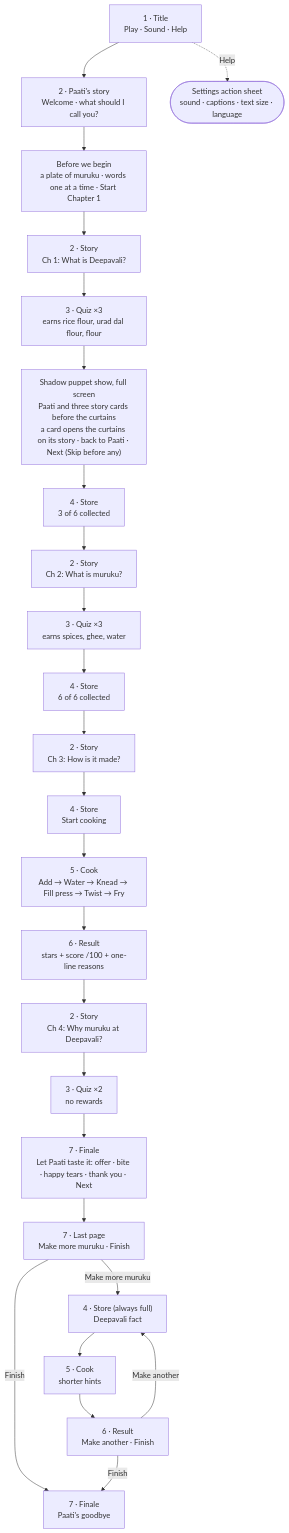
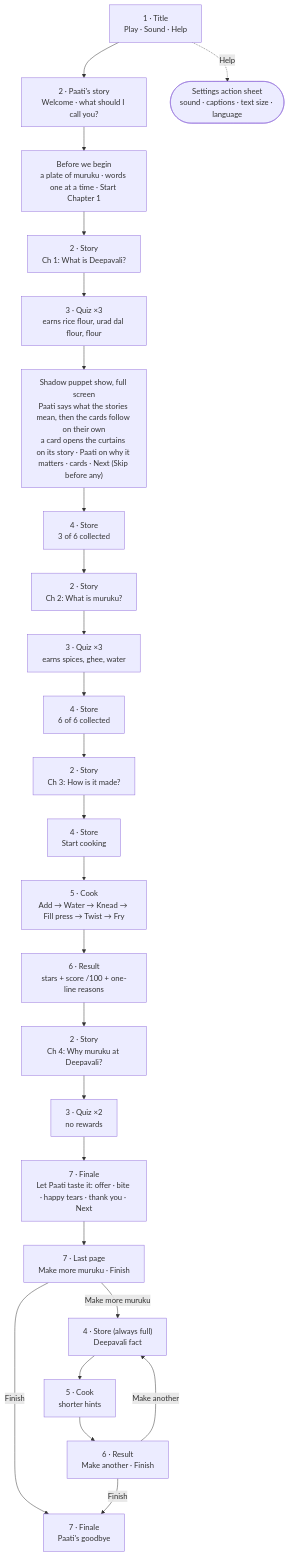
One commit to krishanala/paatis-recipe-kitchen changed the diagram in docs/user-flow.md. Above: the diagram before and after it, drawn with Mermaid. The commit also changed other lines of this file and 4 other files, not shown here.

First line of the commit message:
Puppet show: Paati speaks first, then the cards follow on their own

````diff
--- a/docs/user-flow.md
+++ b/docs/user-flow.md
@@ -5,32 +5,32 @@
 ```mermaid
 flowchart TD
     T["1 · Title<br/>Play · Sound · Help"] --> W["2 · Paati's story<br/>Welcome · what should I call you?"]
     T -. Help .-> S(["Settings action sheet<br/>sound · captions · text size · language"])
 
     W --> I["Before we begin<br/>a plate of muruku · words one at a time · Start Chapter 1"]
     I --> C1["2 · Story<br/>Ch 1: What is Deepavali?"]
     C1 --> Q1["3 · Quiz ×3<br/>earns rice flour, urad dal flour, flour"]
-    Q1 --> P["Shadow puppet show, full screen<br/>Paati and three story cards before the curtains<br/>a card opens the curtains on its story · back to Paati · Next (Skip before any)"]
+    Q1 --> P["Shadow puppet show, full screen<br/>Paati says what the stories mean, then the cards follow on their own<br/>a card opens the curtains on its story · Paati on why it matters · cards · Next (Skip before any)"]
     P --> ST1["4 · Store<br/>3 of 6 collected"]
 
     ST1 --> C2["2 · Story<br/>Ch 2: What is muruku?"]
     C2 --> Q2["3 · Quiz ×3<br/>earns spices, ghee, water"]
     Q2 --> ST2["4 · Store<br/>6 of 6 collected"]
 
     ST2 --> C3["2 · Story<br/>Ch 3: How is it made?"]
     C3 --> ST3["4 · Store<br/>Start cooking"]
     ST3 --> K["5 · Cook<br/>Add → Water → Knead → Fill press → Twist → Fry"]
     K --> R["6 · Result<br/>stars + score /100 + one-line reasons"]
 
     R --> C4["2 · Story<br/>Ch 4: Why muruku at Deepavali?"]
     C4 --> Q4["3 · Quiz ×2<br/>no rewards"]
     Q4 --> F["7 · Finale<br/>Let Paati taste it: offer · bite · happy tears · thank you · Next"]
     F --> C["7 · Last page<br/>Make more muruku · Finish"]
     C -- Finish --> G["7 · Finale<br/>Paati's goodbye"]
 
     C -- Make more muruku --> FK["4 · Store (always full)<br/>Deepavali fact"]
     FK --> K2["5 · Cook<br/>shorter hints"]
     K2 --> R2["6 · Result<br/>Make another · Finish"]
     R2 -- Make another --> FK
     R2 -- Finish --> G
 ```
````
